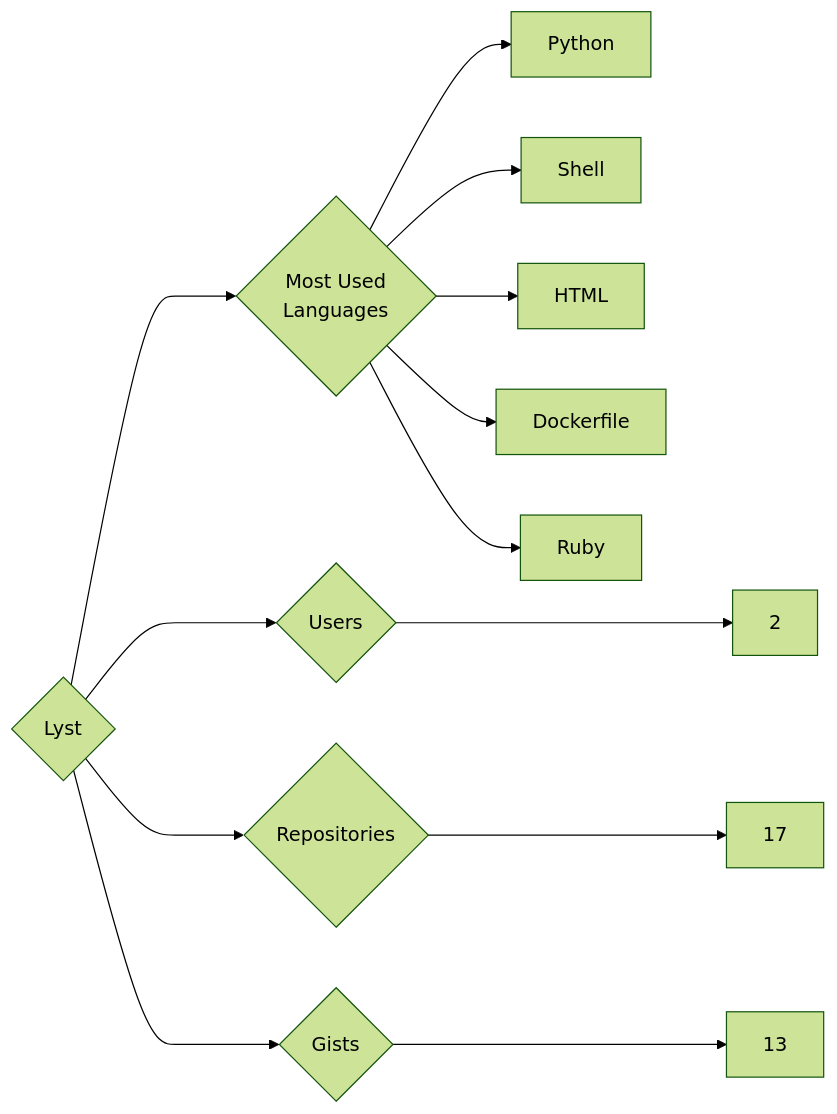
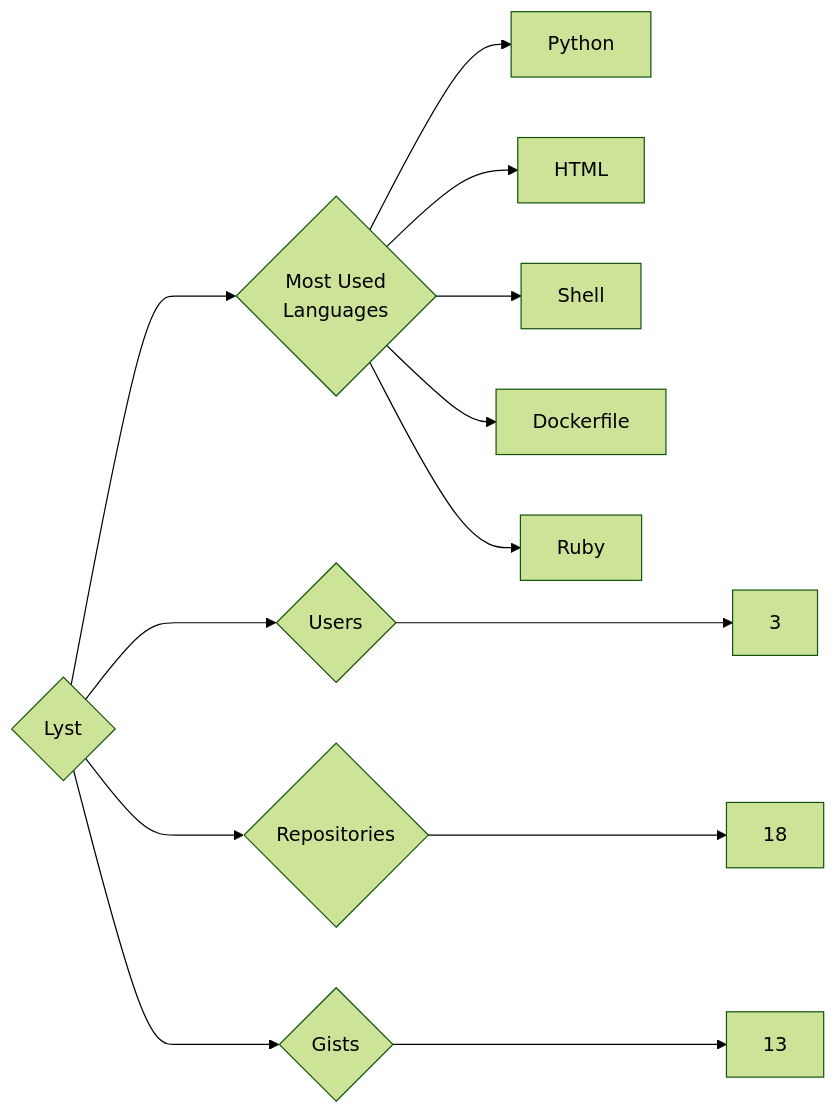
One commit to trickest/insiders changed the diagram in targets/Lyst/README.md. Above: the diagram before and after it, drawn with Mermaid (forest theme). The commit also changed 888 other files, not shown here.

````diff
--- a/targets/Lyst/README.md
+++ b/targets/Lyst/README.md
@@ -3,13 +3,13 @@
 ```mermaid
 graph LR
 COMPANY_NAME{Lyst}
-COMPANY_NAME ---> U{Users} ---> UN[2]
-COMPANY_NAME ---> R{Repositories} ---> RN[17]
+COMPANY_NAME ---> U{Users} ---> UN[3]
+COMPANY_NAME ---> R{Repositories} ---> RN[18]
 COMPANY_NAME ---> G{Gists} ---> GN[13]
 COMPANY_NAME ---> ML{Most Used<br>Languages}
 ML --> Python[Python]
+ML --> HTML[HTML]
 ML --> Shell[Shell]
-ML --> HTML[HTML]
 ML --> Dockerfile[Dockerfile]
 ML --> Ruby[Ruby]
 ```
````
